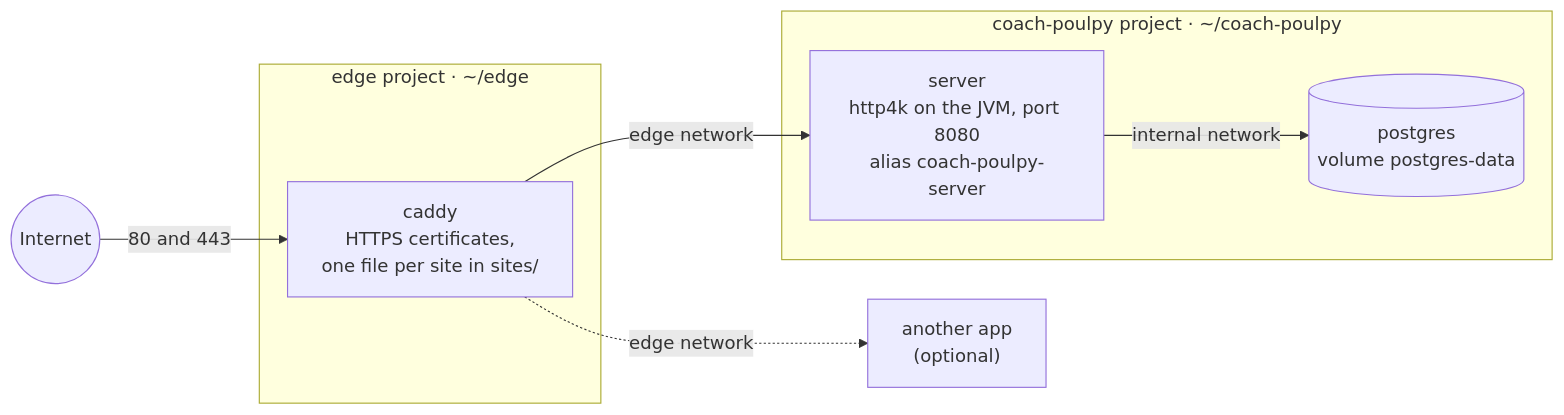
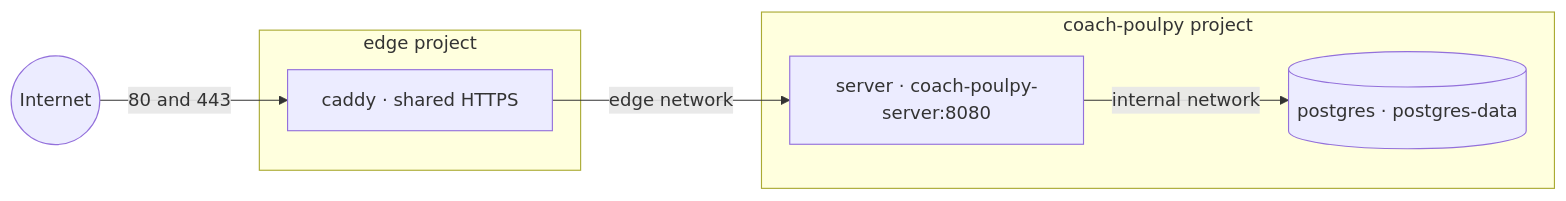
Before and after one commit to tkint/coach-poulpy: the diagram in docs/deploying-the-server.md, drawn with Mermaid. The commit also changed other lines of this file and 12 other files, not shown here.

Commit message:
Manage shared Caddy during independent application deployments

````diff
--- a/docs/deploying-the-server.md
+++ b/docs/deploying-the-server.md
@@ -9,19 +9,13 @@
 ```mermaid
 flowchart LR
     internet(("Internet")) -- "80 and 443" --> caddy
-
-    subgraph edgeproj["edge project · ~/edge"]
-        caddy["caddy<br/>HTTPS certificates,<br/>one file per site in sites/"]
+    subgraph edgeproj["edge project"]
+        caddy["caddy · shared HTTPS"]
     end
-
-    subgraph cpproj["coach-poulpy project · ~/coach-poulpy"]
-        server["server<br/>http4k on the JVM, port 8080<br/>alias coach-poulpy-server"]
-        postgres[("postgres<br/>volume postgres-data")]
+    subgraph appproj["coach-poulpy project"]
+        server["server · coach-poulpy-server:8080"]
+        postgres[("postgres · postgres-data")]
     end
-
-    other["another app<br/>(optional)"]
-
     caddy -- "edge network" --> server
-    caddy -. "edge network" .-> other
     server -- "internal network" --> postgres
 ```
````
